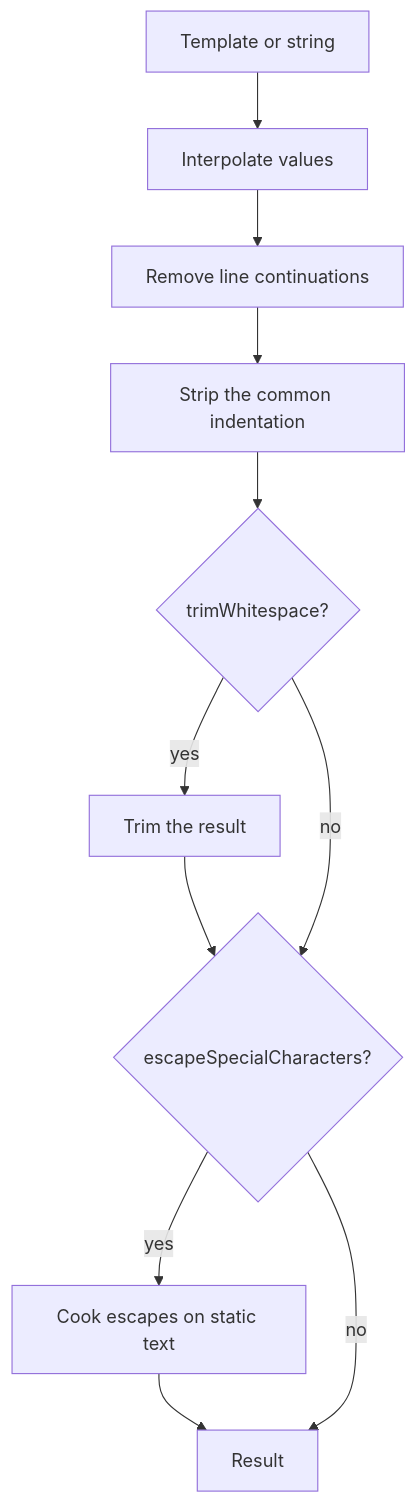
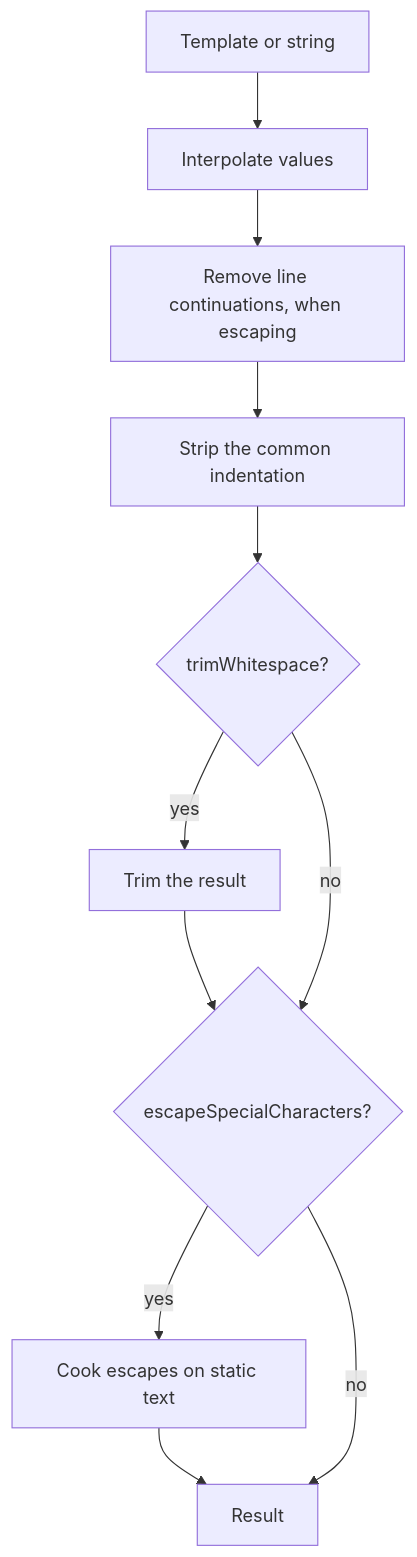
The diagram in openspec/specs/shared/dedent/design.md (Esposter/Esposter), drawn with Mermaid before and after one commit. The commit also changed 22 other files, not shown here.

````diff
--- a/openspec/specs/shared/dedent/design.md
+++ b/openspec/specs/shared/dedent/design.md
@@ -7,17 +7,17 @@
 ```mermaid
 flowchart TD
   input["Template or string"]
   insertValues["Interpolate values"]
-  continuations["Remove line continuations"]
+  continuations["Remove line continuations, when escaping"]
   dedent["Strip the common indentation"]
   trim{"trimWhitespace?"}
   trimmed["Trim the result"]
   cook{"escapeSpecialCharacters?"}
   cookEscapes["Cook escapes on static text"]
   output["Result"]
   input --> insertValues --> continuations --> dedent --> trim
   trim -->|yes| trimmed --> cook
   trim -->|no| cook
   cook -->|yes| cookEscapes --> output
   cook -->|no| output
 ```
````
